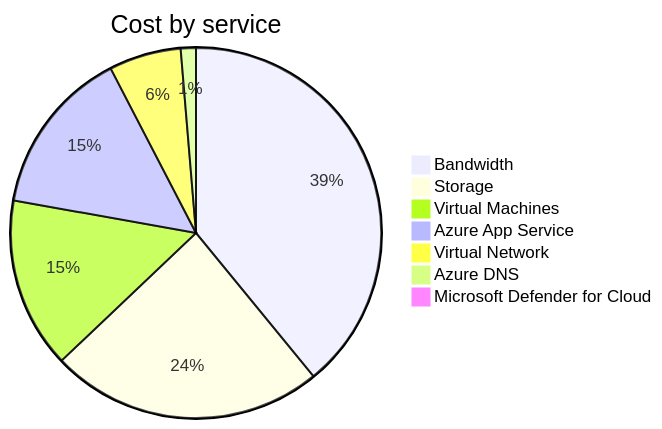
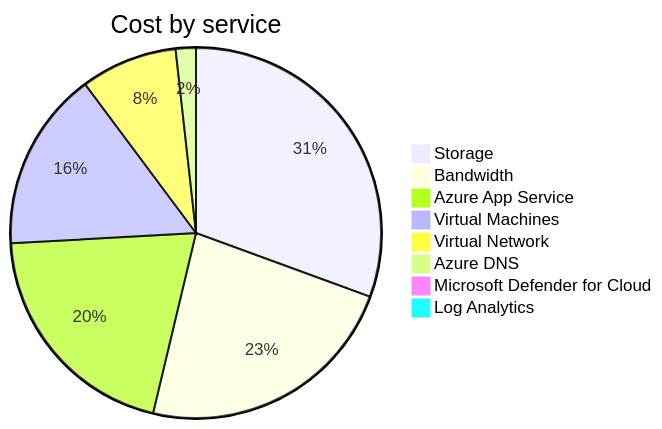
The second of 4 diagrams in cost-reports/accumulated-cost.md (jpfulton/azure-personal-reports), drawn with Mermaid before and after one commit. The commit also changed other lines of this file and 4 other files, not shown here.

````diff
--- a/cost-reports/accumulated-cost.md
+++ b/cost-reports/accumulated-cost.md
@@ -101,11 +102,12 @@
 ```mermaid
 pie
    title Cost by service
+   "Storage" : 1.56
    "Bandwidth" : 1.18
-   "Storage" : 0.72
-   "Virtual Machines" : 0.45
-   "Azure App Service" : 0.44
-   "Virtual Network" : 0.19
-   "Azure DNS" : 0.04
+   "Azure App Service" : 1.04
+   "Virtual Machines" : 0.80
+   "Virtual Network" : 0.43
+   "Azure DNS" : 0.09
    "Microsoft Defender for Cloud" : 0.01
+   "Log Analytics" : 0.00
 ```
````
